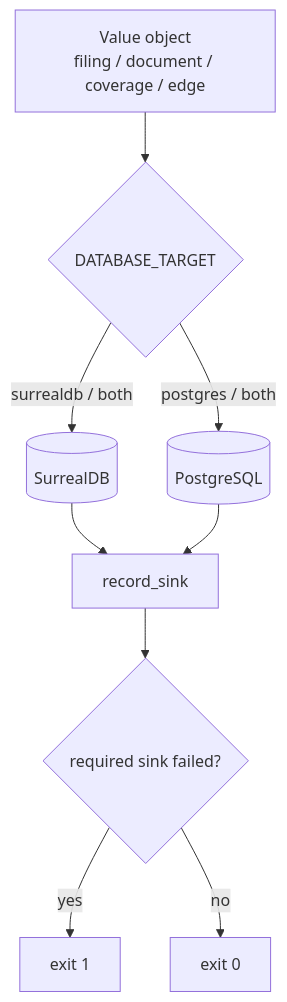
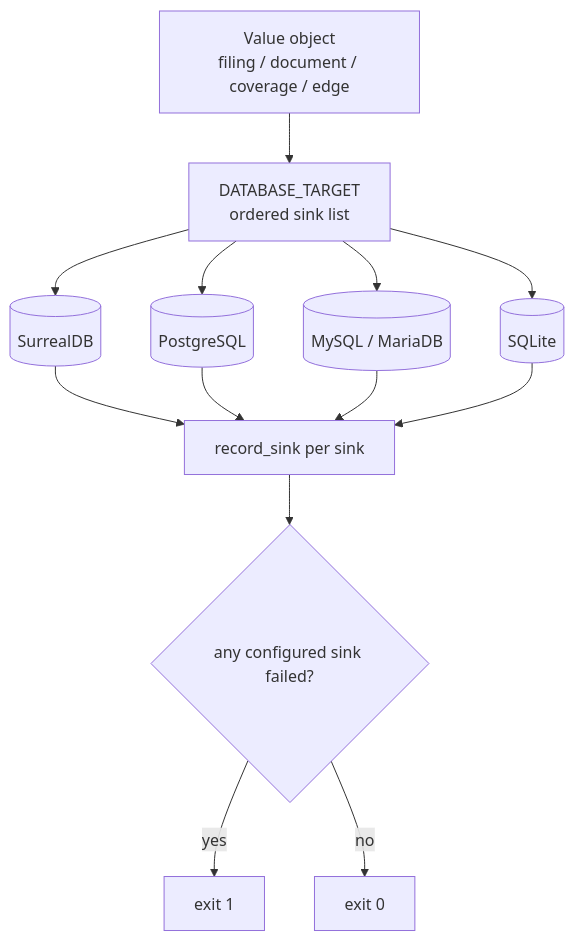
One commit to simonplmak-cloud/hkex-filing-scraper changed the second of 2 diagrams in docs/architecture.md. Above: the diagram before and after it, drawn with Mermaid. The commit also changed other lines of this file and 41 other files, not shown here.

Commit message:
feat: add multi-backend sink architecture with MySQL/MariaDB and SQLite

````diff
--- a/docs/architecture.md
+++ b/docs/architecture.md
@@ -33,11 +42,15 @@
 ```mermaid
 flowchart TD
-    V[Value object<br/>filing / document / coverage / edge] --> D{DATABASE_TARGET}
-    D -->|surrealdb / both| S[(SurrealDB)]
-    D -->|postgres / both| P[(PostgreSQL)]
-    S --> R[record_sink]
+    V[Value object<br/>filing / document / coverage / edge] --> D[DATABASE_TARGET<br/>ordered sink list]
+    D --> S[(SurrealDB)]
+    D --> P[(PostgreSQL)]
+    D --> M[(MySQL / MariaDB)]
+    D --> L[(SQLite)]
+    S --> R[record_sink per sink]
     P --> R
-    R --> X{required sink failed?}
+    M --> R
+    L --> R
+    R --> X{any configured sink failed?}
     X -->|yes| E[exit 1]
     X -->|no| O[exit 0]
 ```
````
